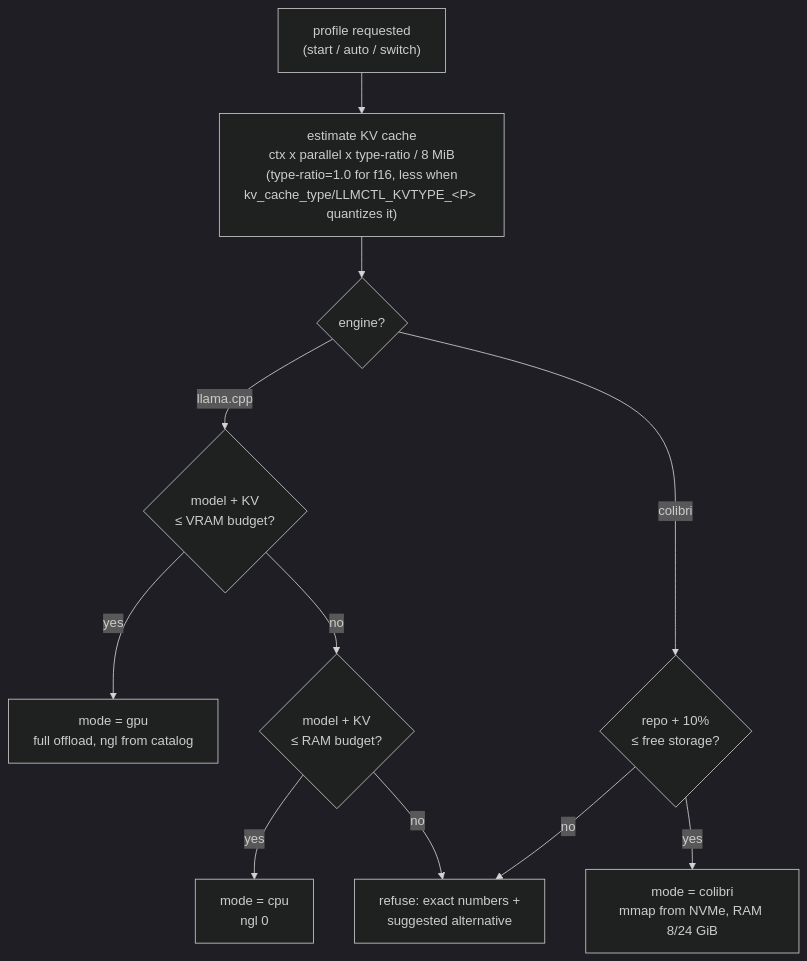
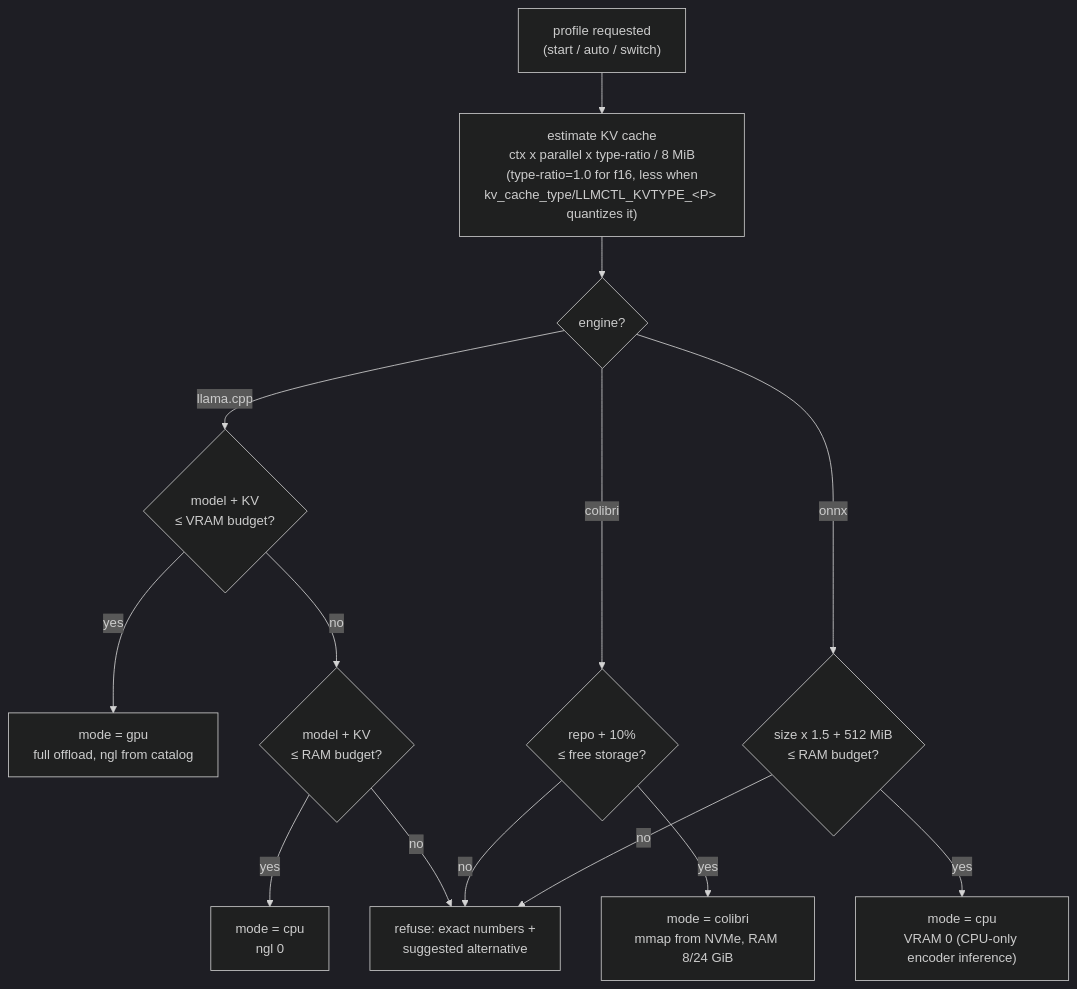
Before and after one commit to vasic-digital/llmctl: the second of 10 diagrams in docs/architecture.md, drawn with Mermaid (dark theme). The commit also changed other lines of this file and 1423 other files, not shown here.

````diff
--- a/docs/architecture.md
+++ b/docs/architecture.md
@@ -75,13 +88,16 @@
 ```mermaid
 flowchart TD
     START["profile requested<br/>(start / auto / switch)"] --> KV["estimate KV cache<br/>ctx x parallel x type-ratio / 8 MiB<br/>(type-ratio=1.0 for f16, less when<br/>kv_cache_type/LLMCTL_KVTYPE_&lt;P&gt; quantizes it)"]
     KV --> ENGINE{engine?}
     ENGINE -->|llama.cpp| FITVRAM{"model + KV<br/>&le; VRAM budget?"}
     FITVRAM -->|yes| GPU["mode = gpu<br/>full offload, ngl from catalog"]
     FITVRAM -->|no| FITRAM{"model + KV<br/>&le; RAM budget?"}
     FITRAM -->|yes| CPU["mode = cpu<br/>ngl 0"]
     FITRAM -->|no| REFUSE["refuse: exact numbers +<br/>suggested alternative"]
     ENGINE -->|colibri| STORAGE{"repo + 10%<br/>&le; free storage?"}
     STORAGE -->|yes| MMAP["mode = colibri<br/>mmap from NVMe, RAM 8/24 GiB"]
     STORAGE -->|no| REFUSE
+    ENGINE -->|onnx| FITONNX{"size x 1.5 + 512 MiB<br/>&le; RAM budget?"}
+    FITONNX -->|yes| ONXCPU["mode = cpu<br/>VRAM 0 (CPU-only encoder inference)"]
+    FITONNX -->|no| REFUSE
 ```
````
